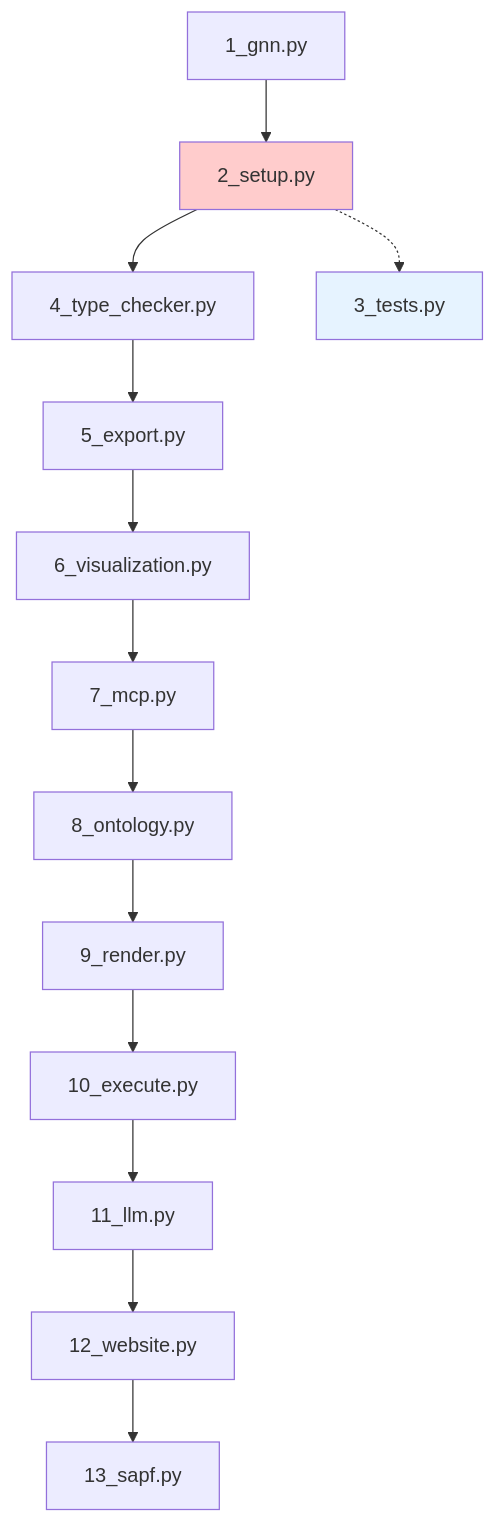
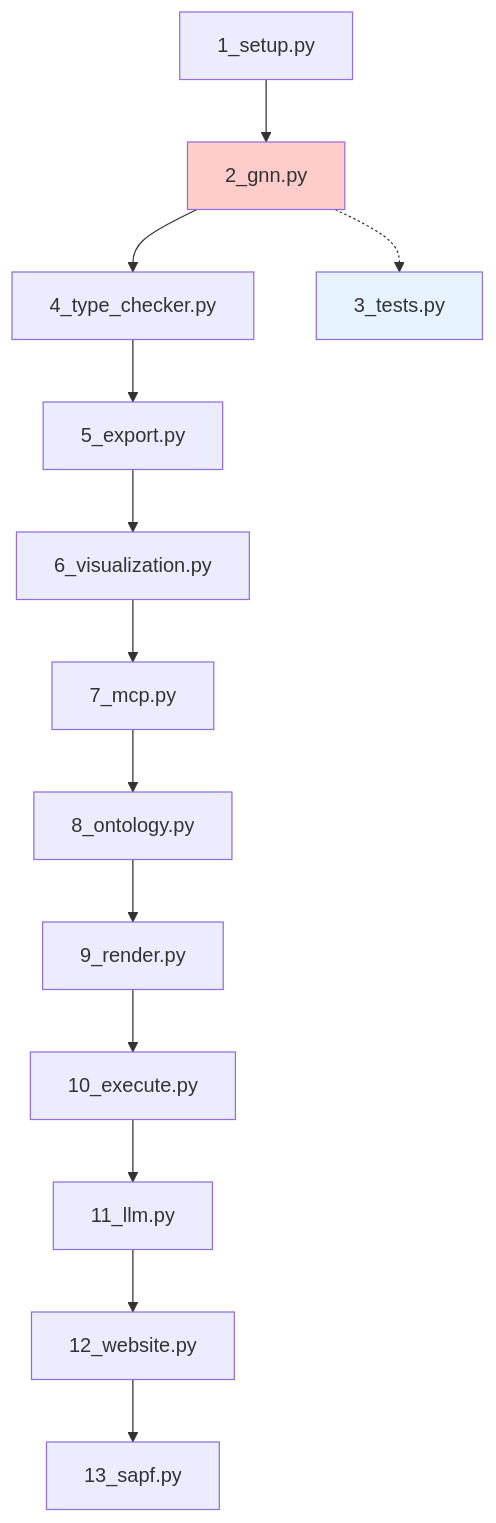
The diagram in doc/pipeline/PIPELINE_ARCHITECTURE.md (ActiveInferenceInstitute/GeneralizedNotationNotation), drawn with Mermaid before and after one commit. The commit also changed other lines of this file and 46 other files, not shown here.

````diff
--- a/doc/pipeline/PIPELINE_ARCHITECTURE.md
+++ b/doc/pipeline/PIPELINE_ARCHITECTURE.md
@@ -9,19 +9,19 @@
 ```mermaid
 graph TD
-    A[1_gnn.py] --> B[2_setup.py]
+    A[1_setup.py] --> B[2_gnn.py]
     B --> C[4_type_checker.py]
     C --> D[5_export.py]
     D --> E[6_visualization.py]
     E --> F[7_mcp.py]
     F --> G[8_ontology.py]
     G --> H[9_render.py]
     H --> I[10_execute.py]
     I --> J[11_llm.py]
     J --> K[12_website.py]
     K --> L[13_sapf.py]
     
     B -.-> M[3_tests.py]
     
     style B fill:#ffcccc
     style M fill:#e6f3ff
 ```
````
